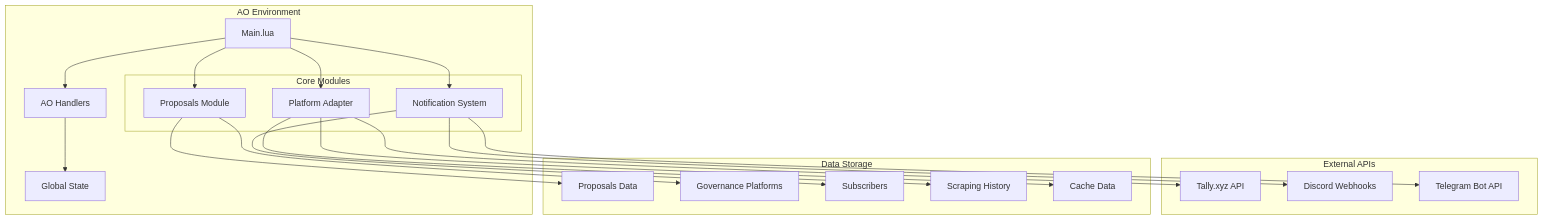
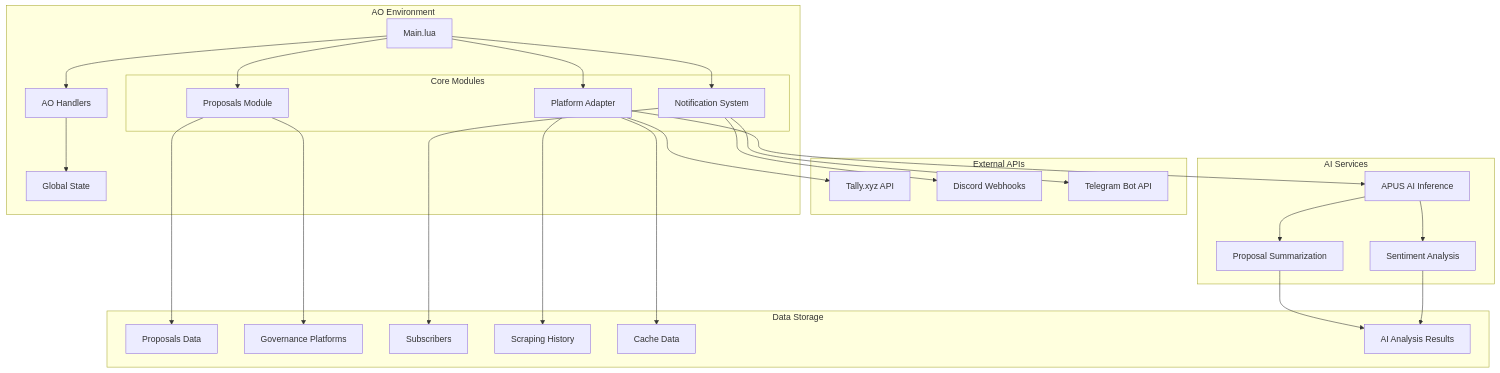
The first of 5 diagrams in README.md (Samuel1-ona/Genie), drawn with Mermaid before and after one commit. The commit also changed other lines of this file and 1 other file, not shown here.

````diff
--- a/README.md
+++ b/README.md
@@ -73,41 +82,53 @@
 ```mermaid
 graph TB
     subgraph "AO Environment"
         A[Main.lua] --> B[AO Handlers]
         B --> C[Global State]
         
         subgraph "Core Modules"
             D[Proposals Module]
             E[Platform Adapter]
             F[Notification System]
         end
         
         A --> D
         A --> E
         A --> F
     end
     
     subgraph "External APIs"
         G[Tally.xyz API]
         H[Discord Webhooks]
         I[Telegram Bot API]
     end
     
+    subgraph "AI Services"
+        J[APUS AI Inference]
+        K[Proposal Summarization]
+        L[Sentiment Analysis]
+    end
+    
     E --> G
     F --> H
     F --> I
+    E --> J
+    J --> K
+    J --> L
     
     subgraph "Data Storage"
-        J[Proposals Data]
-        K[Governance Platforms]
-        L[Subscribers]
-        M[Scraping History]
-        N[Cache Data]
+        M[Proposals Data]
+        N[Governance Platforms]
+        O[Subscribers]
+        P[Scraping History]
+        Q[Cache Data]
+        R[AI Analysis Results]
     end
     
-    D --> J
-    D --> K
-    F --> L
-    E --> M
-    E --> N
+    D --> M
+    D --> N
+    F --> O
+    E --> P
+    E --> Q
+    K --> R
+    L --> R
 ```
````
